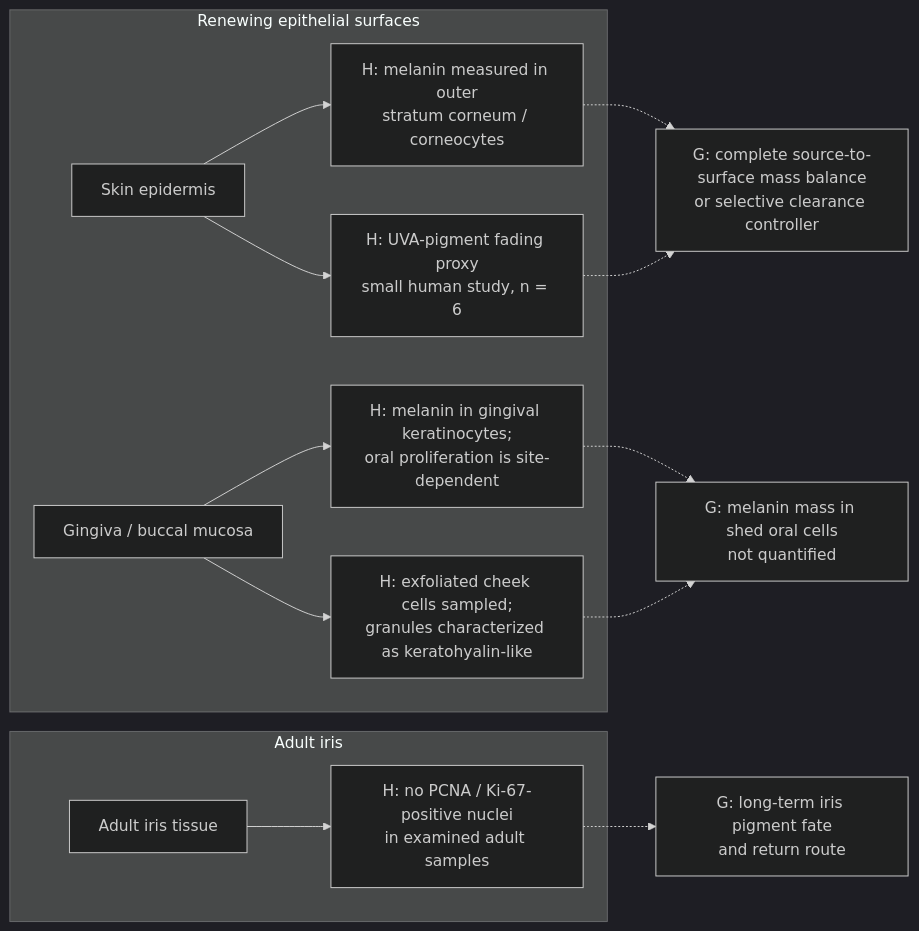
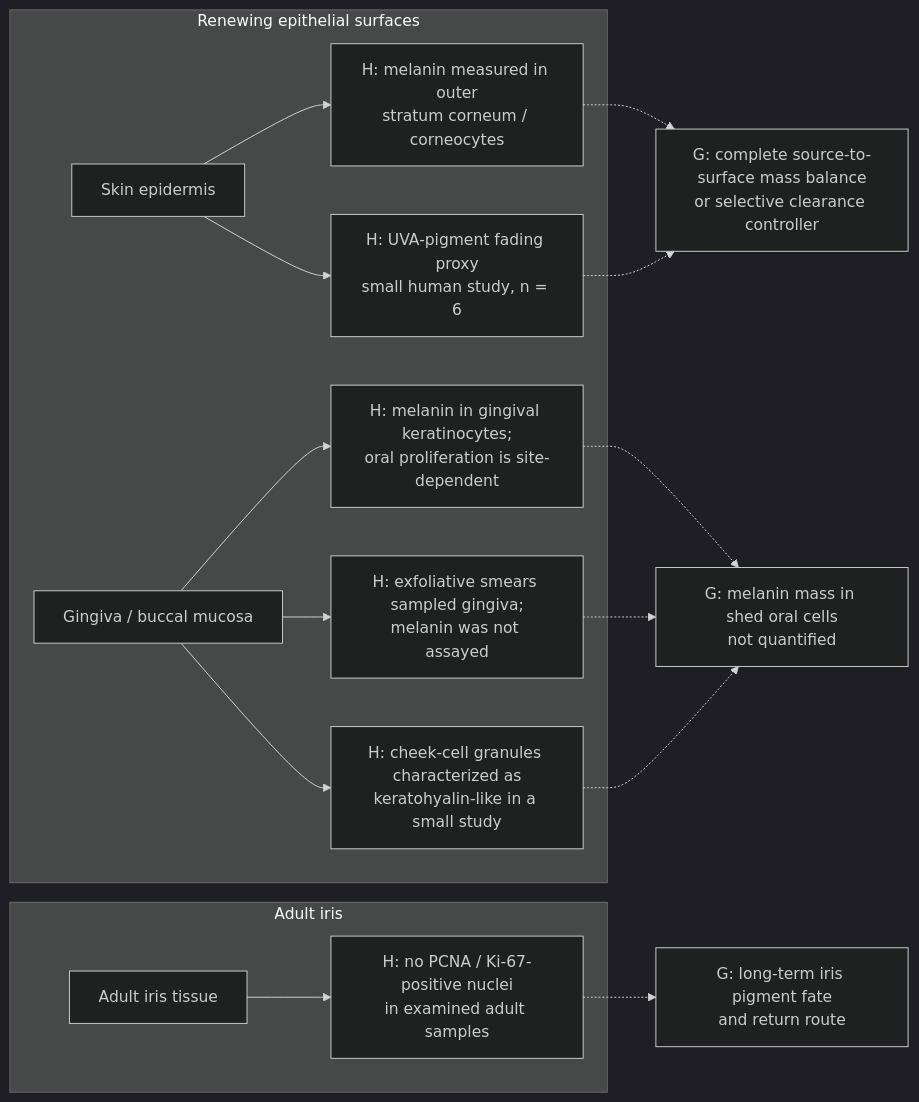
Before and after one commit to dylanstechmann/iris-color-without-contacts: the fifth of 38 diagrams in research/tissue-pigment-atlas.md, drawn with Mermaid (dark theme). The commit also changed other lines of this file, not shown here.

Commit message:
Add gingival exfoliative-cytology evidence

````diff
--- a/research/tissue-pigment-atlas.md
+++ b/research/tissue-pigment-atlas.md
@@ -139,17 +139,19 @@
 ```mermaid
 flowchart LR
     subgraph surfaces["Renewing epithelial surfaces"]
         Skin["Skin epidermis"] --> SkinEvidence["H: melanin measured in outer<br/>stratum corneum / corneocytes"]
         Skin --> SkinProxy["H: UVA-pigment fading proxy<br/>small human study, n = 6"]
         Oral["Gingiva / buccal mucosa"] --> OralEvidence["H: melanin in gingival keratinocytes;<br/>oral proliferation is site-dependent"]
-        Oral --> ShedCellEvidence["H: exfoliated cheek cells sampled;<br/>granules characterized as keratohyalin-like"]
+        Oral --> ShedCellEvidence["H: exfoliative smears sampled gingiva;<br/>melanin was not assayed"]
+        Oral --> ShedGranuleEvidence["H: cheek-cell granules characterized as<br/>keratohyalin-like in a small study"]
     end
     subgraph iris["Adult iris"]
         Iris["Adult iris tissue"] --> IrisEvidence["H: no PCNA / Ki-67-positive nuclei<br/>in examined adult samples"]
     end
     SkinEvidence -.-> SkinGap
     SkinProxy -.-> SkinGap["G: complete source-to-surface mass balance<br/>or selective clearance controller"]
     OralEvidence -.-> OralGap["G: melanin mass in shed oral cells<br/>not quantified"]
     ShedCellEvidence -.-> OralGap
+    ShedGranuleEvidence -.-> OralGap
     IrisEvidence -.-> IrisGap["G: long-term iris pigment fate<br/>and return route"]
 ```
````
